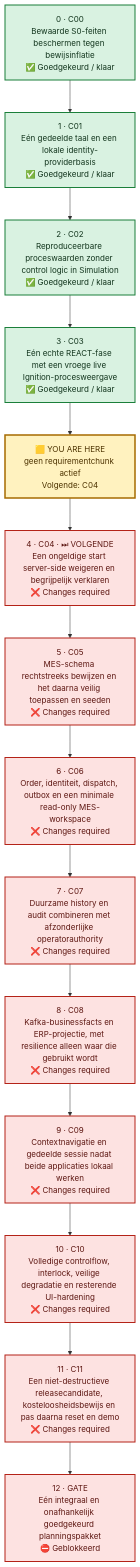
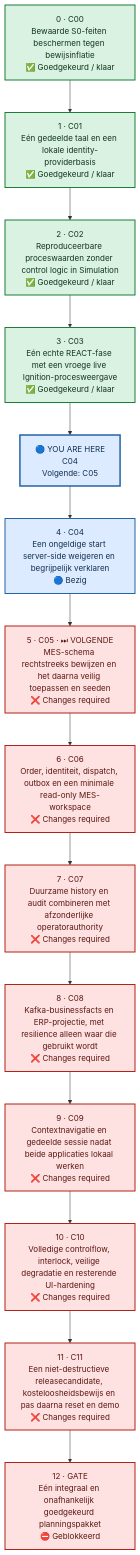
One commit to Jandesch91/n1-bioforge-requirements-cockpit changed the diagram in chunks.mmd. Above: the diagram before and after it, drawn with Mermaid. The commit also changed 4 other files, not shown here.

```diff
--- a/chunks.mmd
+++ b/chunks.mmd
@@ -1,39 +1,39 @@
 %%{init: {"flowchart": {"curve": "linear", "nodeSpacing": 55, "rankSpacing": 65, "htmlLabels": true}}}%%
 flowchart TB
     %% One vertical lane: order is explicit and no dependency arrows cross.
     chunk_0["0 · C00<br/>Bewaarde S0-feiten beschermen tegen bewijsinflatie<br/>✅ Goedgekeurd / klaar"]
     chunk_1["1 · C01<br/>Eén gedeelde taal en een lokale identity-providerbasis<br/>✅ Goedgekeurd / klaar"]
     chunk_2["2 · C02<br/>Reproduceerbare proceswaarden zonder control logic in Simulation<br/>✅ Goedgekeurd / klaar"]
     chunk_3["3 · C03<br/>Eén echte REACT-fase met een vroege live Ignition-procesweergave<br/>✅ Goedgekeurd / klaar"]
-    chunk_4["4 · C04 · ⏭ VOLGENDE<br/>Een ongeldige start server-side weigeren en begrijpelijk verklaren<br/>❌ Changes required"]
-    chunk_5["5 · C05<br/>MES-schema rechtstreeks bewijzen en het daarna veilig toepassen en seeden<br/>❌ Changes required"]
+    chunk_4["4 · C04<br/>Een ongeldige start server-side weigeren en begrijpelijk verklaren<br/>🔵 Bezig"]
+    chunk_5["5 · C05 · ⏭ VOLGENDE<br/>MES-schema rechtstreeks bewijzen en het daarna veilig toepassen en seeden<br/>❌ Changes required"]
     chunk_6["6 · C06<br/>Order, identiteit, dispatch, outbox en een minimale read-only MES-workspace<br/>❌ Changes required"]
     chunk_7["7 · C07<br/>Duurzame history en audit combineren met afzonderlijke operatorauthority<br/>❌ Changes required"]
     chunk_8["8 · C08<br/>Kafka-businessfacts en ERP-projectie, met resilience alleen waar die gebruikt wordt<br/>❌ Changes required"]
     chunk_9["9 · C09<br/>Contextnavigatie en gedeelde sessie nadat beide applicaties lokaal werken<br/>❌ Changes required"]
     chunk_10["10 · C10<br/>Volledige controlflow, interlock, veilige degradatie en resterende UI-hardening<br/>❌ Changes required"]
     chunk_11["11 · C11<br/>Een niet-destructieve releasecandidate, kosteloosheidsbewijs en pas daarna reset en demo<br/>❌ Changes required"]
     chunk_12["12 · GATE<br/>Eén integraal en onafhankelijk goedgekeurd planningspakket<br/>⛔ Geblokkeerd"]
-    current_marker["🟨 YOU ARE HERE<br/>geen requirementchunk actief<br/>Volgende: C04"]
+    current_marker["🔵 YOU ARE HERE<br/>C04<br/>Volgende: C05"]
     chunk_0 --> chunk_1 --> chunk_2 --> chunk_3 --> current_marker --> chunk_4 --> chunk_5 --> chunk_6 --> chunk_7 --> chunk_8 --> chunk_9 --> chunk_10 --> chunk_11 --> chunk_12
     classDef approved fill:#D9F2E1,stroke:#1B7F3A,color:#12351D,stroke-width:2px
     classDef inprogress fill:#DCEBFF,stroke:#2463A6,color:#12304F,stroke-width:2px
     classDef human fill:#FFF2BF,stroke:#A66B00,color:#4D3300,stroke-width:2px
     classDef changes fill:#FDE2E1,stroke:#B42318,color:#5D1712,stroke-width:2px
     classDef blocked fill:#FDE2E1,stroke:#B42318,color:#5D1712,stroke-width:2px
     classDef notstarted fill:#F2F4F7,stroke:#667085,color:#344054,stroke-width:2px
-    classDef current fill:#FFF2BF,stroke:#A66B00,color:#4D3300,stroke-width:3px
+    classDef current fill:#DCEBFF,stroke:#2463A6,color:#12304F,stroke-width:3px
     class chunk_0 approved
     class chunk_1 approved
     class chunk_2 approved
     class chunk_3 approved
-    class chunk_4 changes
+    class chunk_4 inprogress
     class chunk_5 changes
     class chunk_6 changes
     class chunk_7 changes
     class chunk_8 changes
     class chunk_9 changes
     class chunk_10 changes
     class chunk_11 changes
     class chunk_12 blocked
     class current_marker current
```
